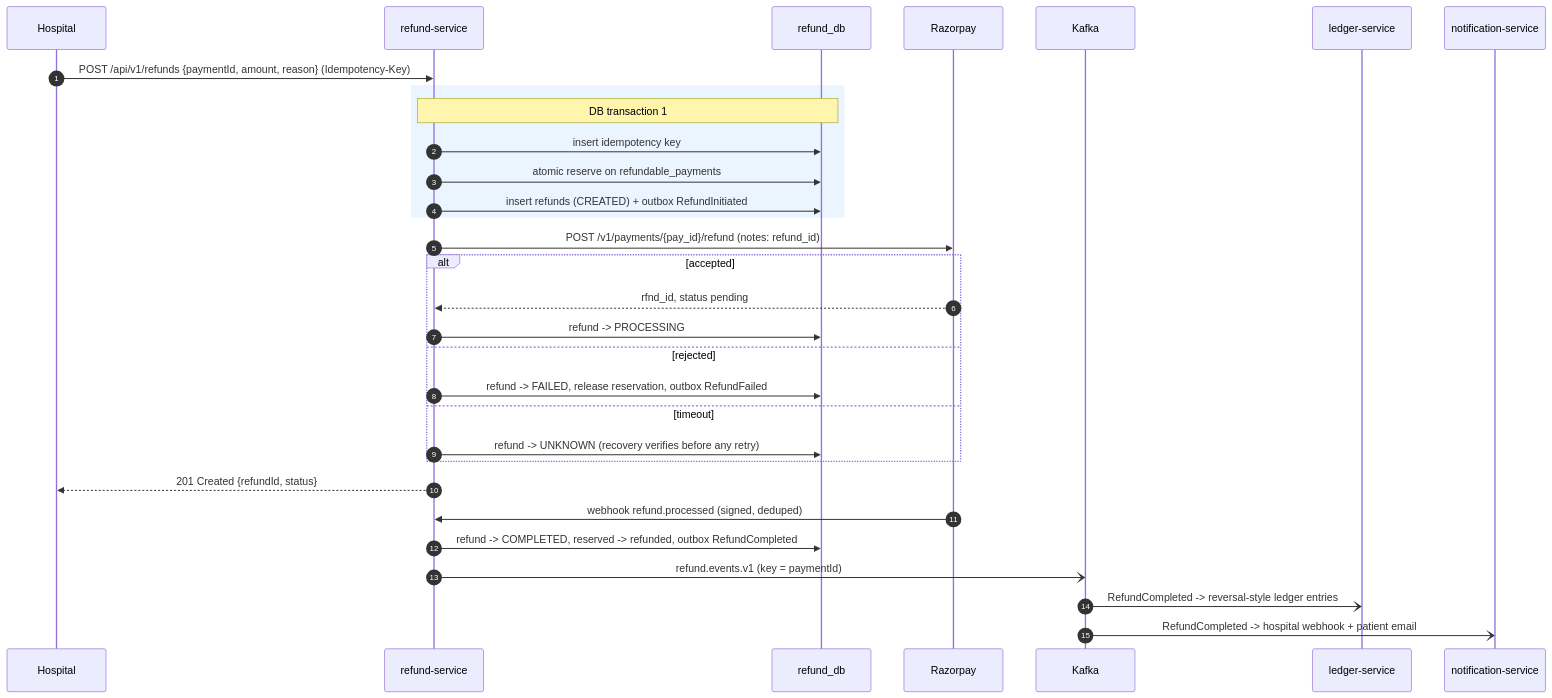
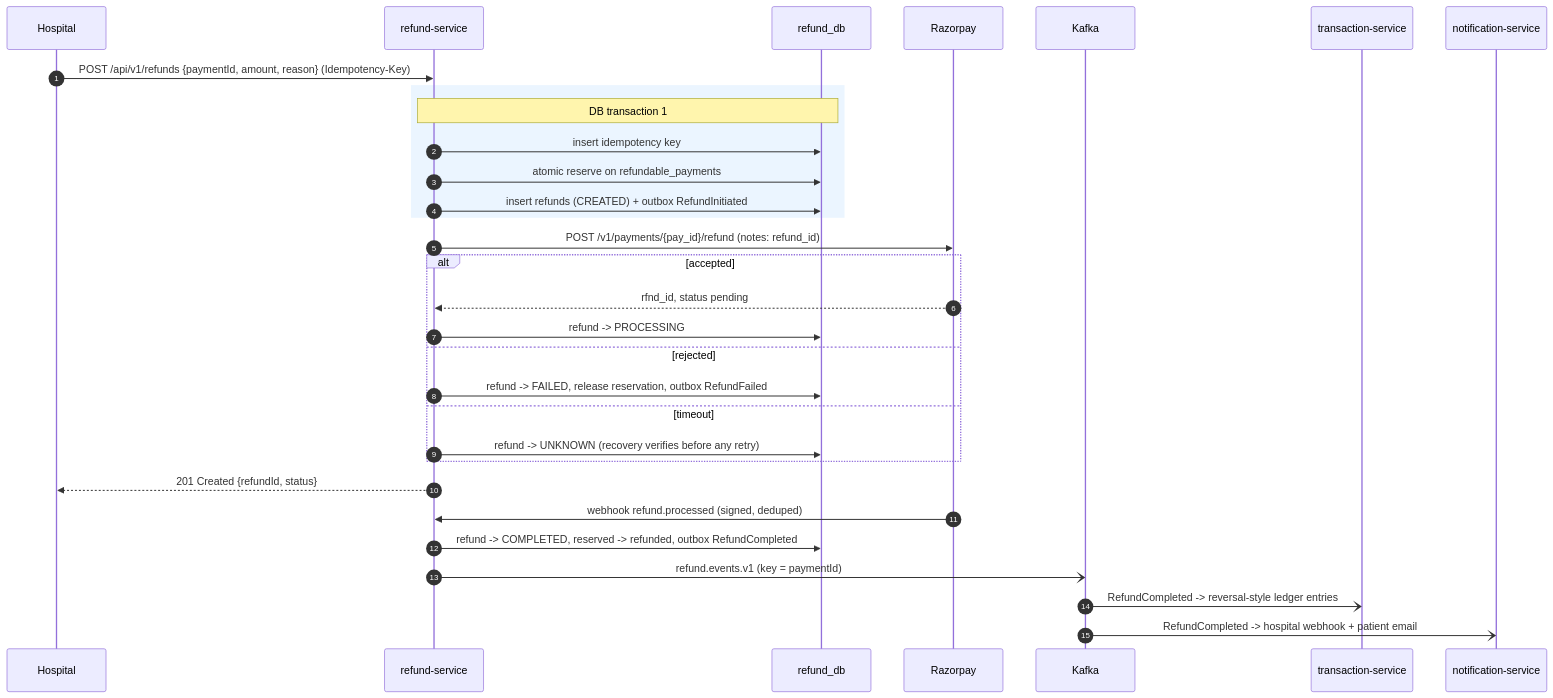
One commit to deepakgoli9640/docflow changed the second of 2 diagrams in docs/03-refund-lifecycle.md. Above: the diagram before and after it, drawn with Mermaid. The commit also changed 162 other files, not shown here.

````diff
--- a/docs/03-refund-lifecycle.md
+++ b/docs/03-refund-lifecycle.md
@@ -98,34 +98,34 @@
 ```mermaid
 sequenceDiagram
     autonumber
     participant H as Hospital
     participant RS as refund-service
     participant DB as refund_db
     participant R as Razorpay
     participant K as Kafka
-    participant L as ledger-service
+    participant L as transaction-service
     participant N as notification-service
 
     H->>RS: POST /api/v1/refunds {paymentId, amount, reason} (Idempotency-Key)
     rect rgb(235, 245, 255)
     note over RS,DB: DB transaction 1
     RS->>DB: insert idempotency key
     RS->>DB: atomic reserve on refundable_payments
     RS->>DB: insert refunds (CREATED) + outbox RefundInitiated
     end
     RS->>R: POST /v1/payments/{pay_id}/refund (notes: refund_id)
     alt accepted
         R-->>RS: rfnd_id, status pending
         RS->>DB: refund -> PROCESSING
     else rejected
         RS->>DB: refund -> FAILED, release reservation, outbox RefundFailed
     else timeout
         RS->>DB: refund -> UNKNOWN (recovery verifies before any retry)
     end
     RS-->>H: 201 Created {refundId, status}
     R->>RS: webhook refund.processed (signed, deduped)
     RS->>DB: refund -> COMPLETED, reserved -> refunded, outbox RefundCompleted
     RS-)K: refund.events.v1 (key = paymentId)
     K-)L: RefundCompleted -> reversal-style ledger entries
     K-)N: RefundCompleted -> hospital webhook + patient email
 ```
````
